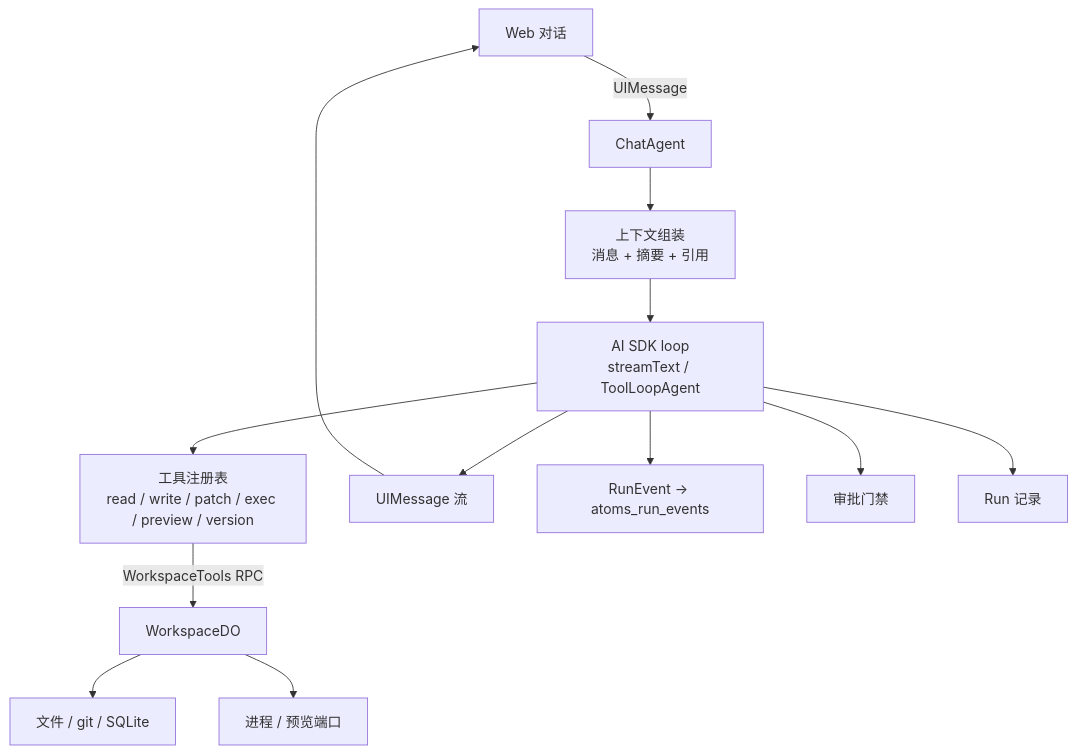
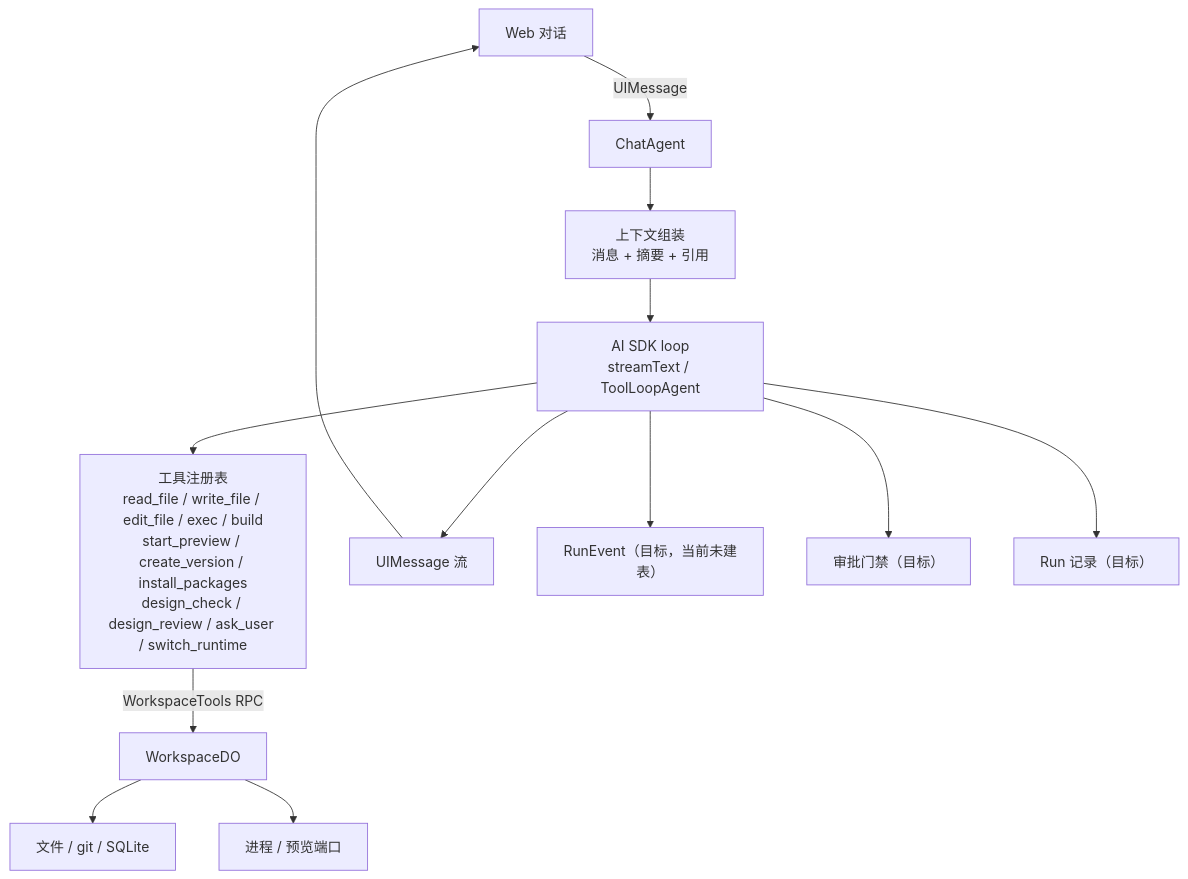
Before and after one commit to fengyj/atoms-lite: the fourth of 6 diagrams in docs/architecture/system-architecture.md, drawn with Mermaid. The commit also changed other lines of this file and 13 other files, not shown here.

Commit message:
docs: reconcile design and architecture with v1 implementation

````diff
--- a/docs/architecture/system-architecture.md
+++ b/docs/architecture/system-architecture.md
@@ -173,15 +183,15 @@
 ```mermaid
 flowchart TB
   ui["Web 对话"] -->|UIMessage| agent["ChatAgent"]
   agent --> ctx["上下文组装<br/>消息 + 摘要 + 引用"]
   ctx --> loop["AI SDK loop<br/>streamText / ToolLoopAgent"]
-  loop --> tools["工具注册表<br/>read / write / patch / exec / preview / version"]
+  loop --> tools["工具注册表<br/>read_file / write_file / edit_file / exec / build<br/>start_preview / create_version / install_packages<br/>design_check / design_review / ask_user / switch_runtime"]
   tools -->|"WorkspaceTools RPC"| ws["WorkspaceDO"]
   ws --> fs["文件 / git / SQLite"]
   ws --> proc["进程 / 预览端口"]
   loop --> stream["UIMessage 流"]
   stream --> ui
-  loop --> events["RunEvent → atoms_run_events"]
-  loop --> approval["审批门禁"]
-  loop --> runs["Run 记录"]
+  loop --> events["RunEvent（目标，当前未建表）"]
+  loop --> approval["审批门禁（目标）"]
+  loop --> runs["Run 记录（目标）"]
 ```
````
